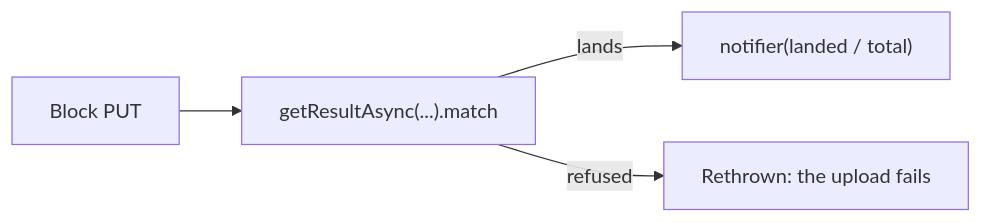
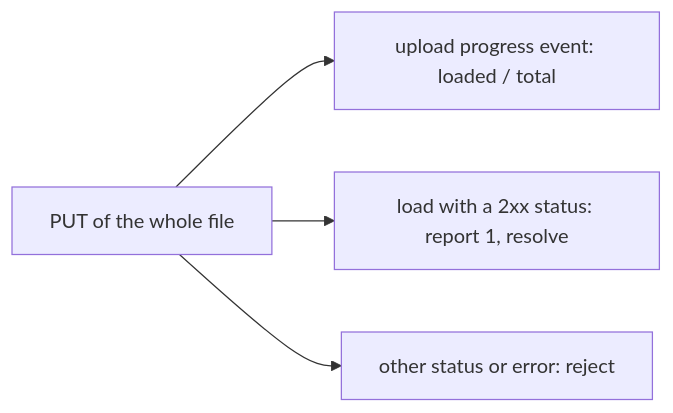
The diagram in openspec/specs/architecture/upload-progress/design.md (Esposter/Esposter), drawn with Mermaid before and after one commit. The commit also changed other lines of this file and 1 other file, not shown here.

Commit message:
docs(openspec): upload progress is the byte share of one presigned PUT, not a block counter

````diff
--- a/openspec/specs/architecture/upload-progress/design.md
+++ b/openspec/specs/architecture/upload-progress/design.md
@@ -7,6 +7,6 @@
 ```mermaid
 flowchart LR
-  block["Block PUT"] --> match["getResultAsync(...).match"]
-  match -->|lands| count["notifier(landed / total)"]
-  match -->|refused| rethrow["Rethrown: the upload fails"]
+  put["PUT of the whole file"] --> ev["upload progress event: loaded / total"]
+  put --> ok["load with a 2xx status: report 1, resolve"]
+  put --> bad["other status or error: reject"]
 ```
````
